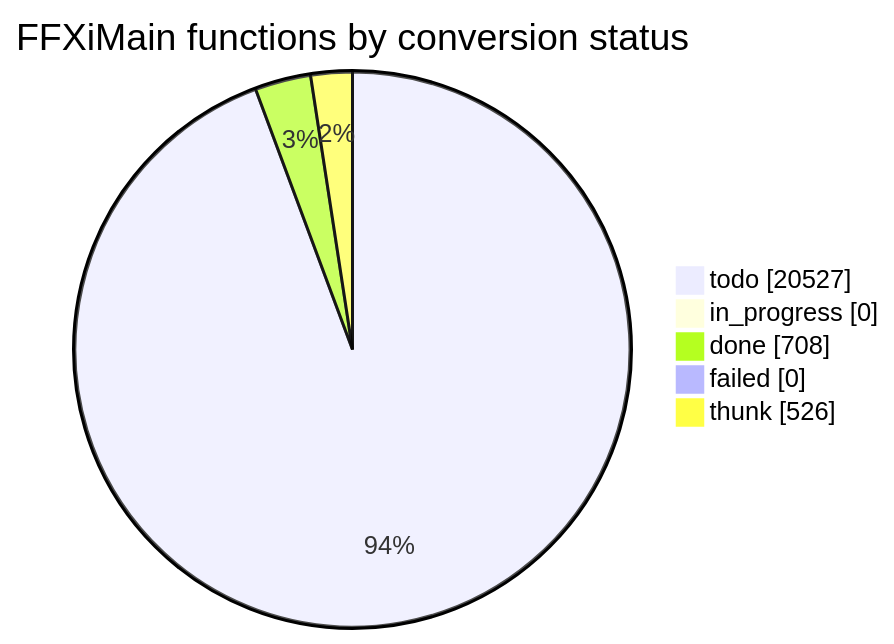
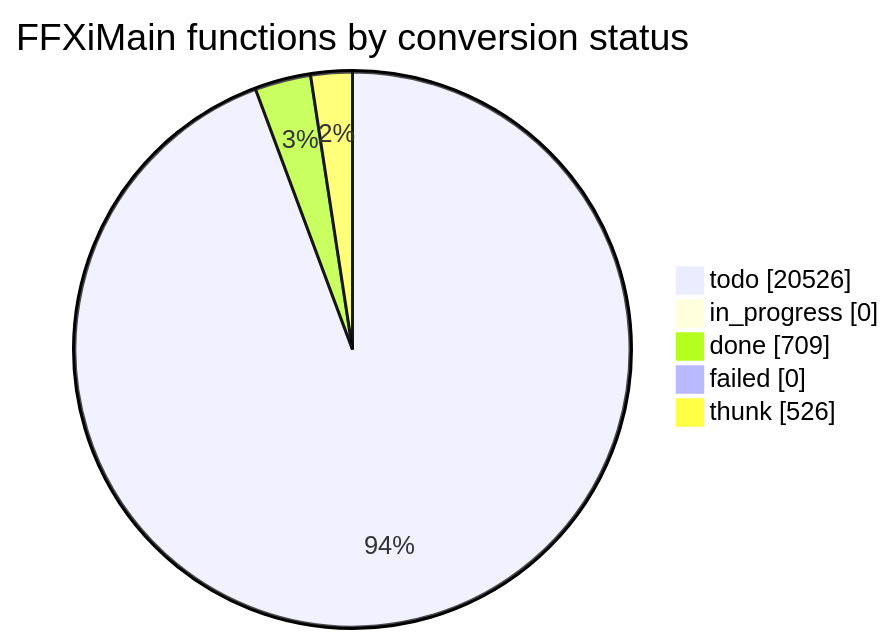
Before and after one commit to cowrevenge/cow_kuluu_xi_anything: the diagram in docs/cow/STATUS.md, drawn with Mermaid. The commit also changed other lines of this file and 9 other files, not shown here.

````diff
--- a/docs/cow/STATUS.md
+++ b/docs/cow/STATUS.md
@@ -18,9 +18,9 @@
 ```mermaid
 pie showData
     title FFXiMain functions by conversion status
-    "todo" : 20527
+    "todo" : 20526
     "in_progress" : 0
-    "done" : 708
+    "done" : 709
     "failed" : 0
     "thunk" : 526
 ```
````
